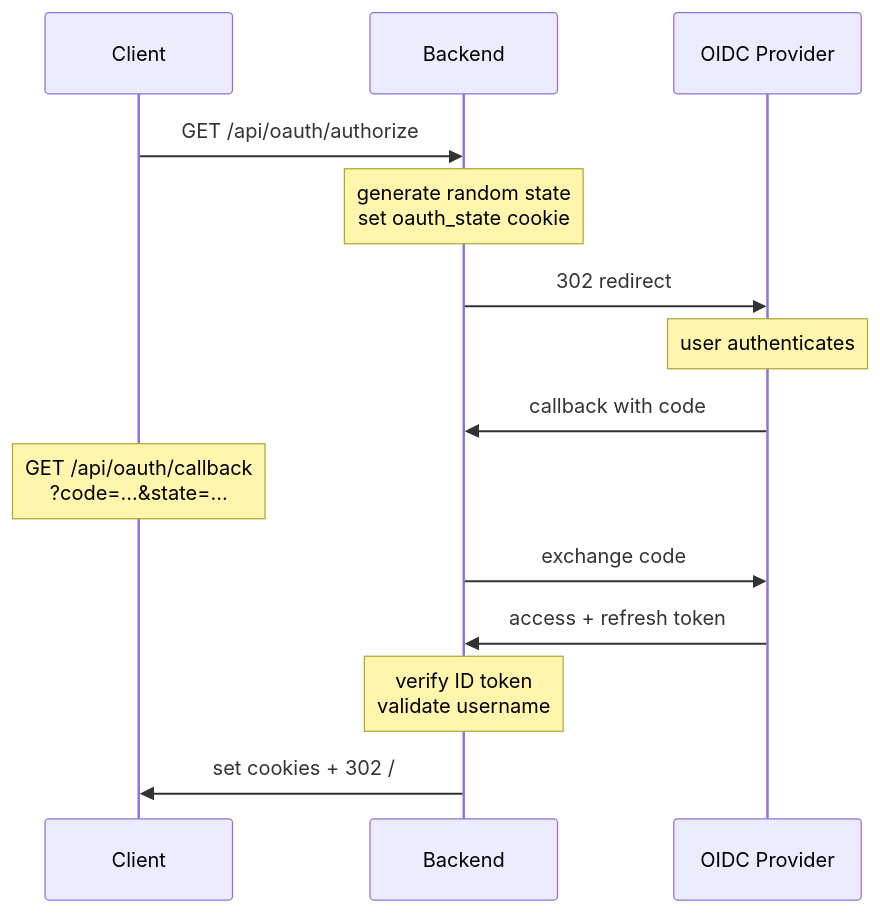
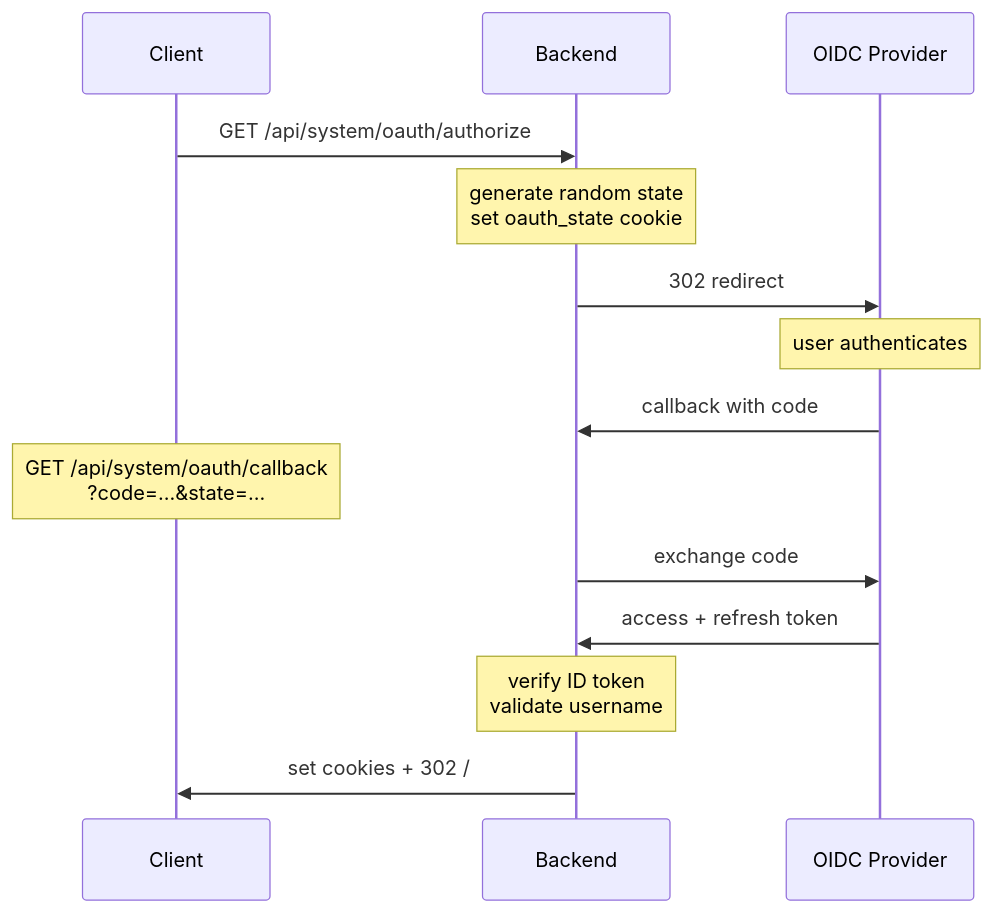
Before and after one commit to xiaoyuanzhu-com/my-life-db-docs: the first of 6 diagrams in src/content/docs/internal/components/authentication.md, drawn with Mermaid. The commit also changed other lines of this file and 1 other file, not shown here.

First line of the commit message:
docs(auth): update OAuth path references to /api/system/oauth/*

````diff
--- a/src/content/docs/internal/components/authentication.md
+++ b/src/content/docs/internal/components/authentication.md
@@ -67,17 +67,17 @@
 ```mermaid
 sequenceDiagram
     participant C as Client
     participant B as Backend
     participant IdP as OIDC Provider
 
-    C->>B: GET /api/oauth/authorize
+    C->>B: GET /api/system/oauth/authorize
     Note over B: generate random state<br/>set oauth_state cookie
     B->>IdP: 302 redirect
     Note over IdP: user authenticates
     IdP->>B: callback with code
-    Note over C: GET /api/oauth/callback<br/>?code=...&state=...
+    Note over C: GET /api/system/oauth/callback<br/>?code=...&state=...
     B->>IdP: exchange code
     IdP->>B: access + refresh token
     Note over B: verify ID token<br/>validate username
     B->>C: set cookies + 302 /
 ```
````
